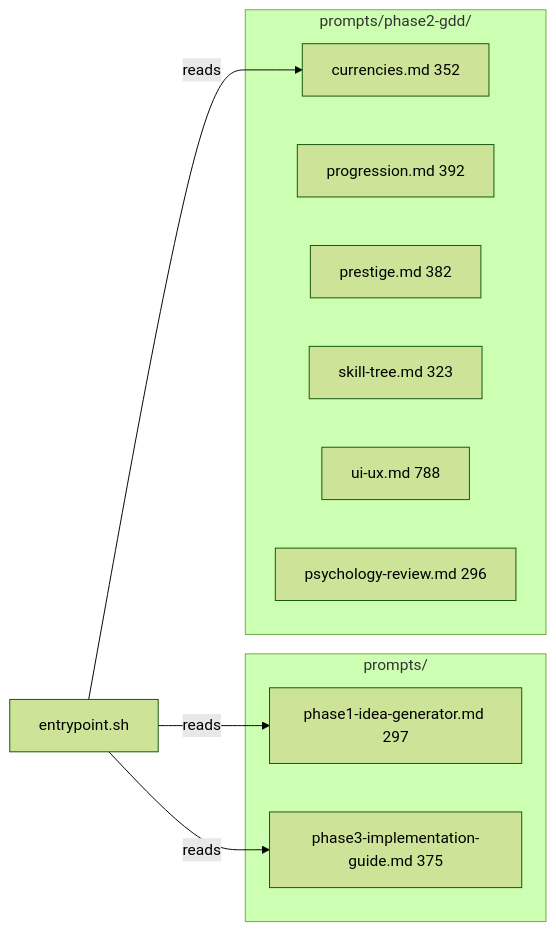
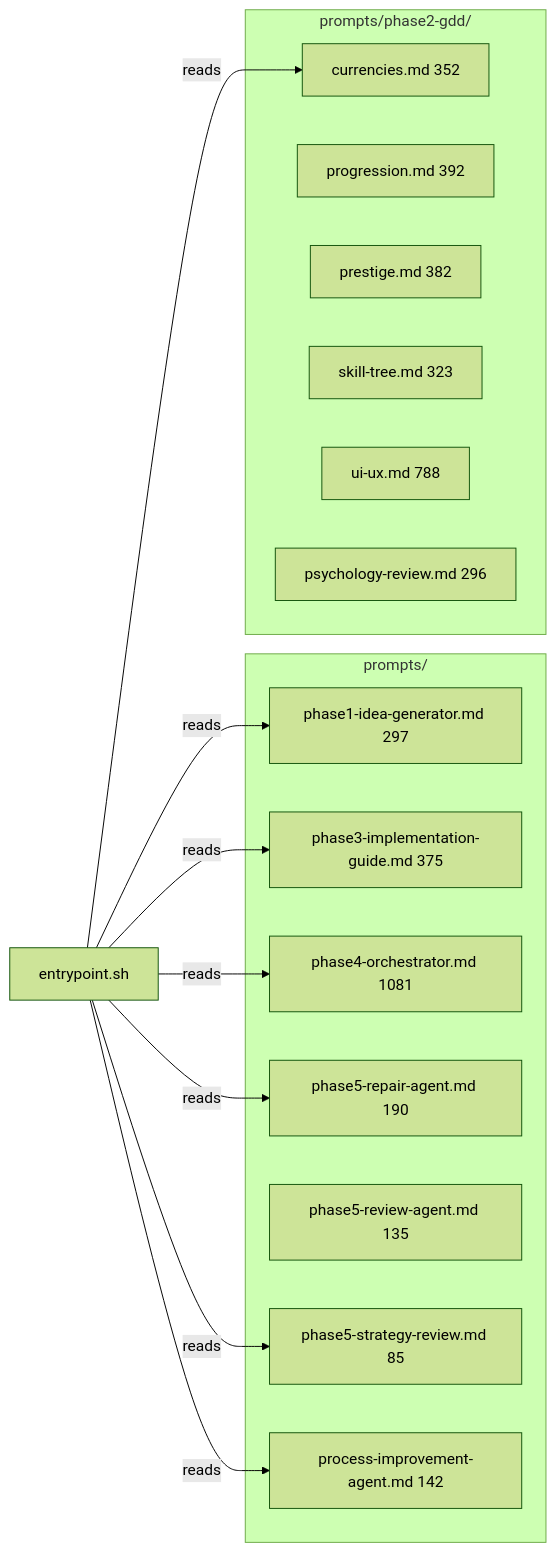
The ninth of 10 diagrams in AI/document/01-file-map.md (J-Gierend/gamePocGen), drawn with Mermaid (forest theme) before and after one commit. The commit also changed other lines of this file and 5 other files, not shown here.

````diff
--- a/AI/document/01-file-map.md
+++ b/AI/document/01-file-map.md
@@ -164,20 +192,29 @@
 ```mermaid
 graph LR
     subgraph "prompts/"
         P1["phase1-idea-generator.md 297"]
         P3["phase3-implementation-guide.md 375"]
+        P4["phase4-orchestrator.md 1081"]
+        P5R["phase5-repair-agent.md 190"]
+        P5V["phase5-review-agent.md 135"]
+        P5S["phase5-strategy-review.md 85"]
+        PI["process-improvement-agent.md 142"]
     end
 
     subgraph "prompts/phase2-gdd/"
         P2C["currencies.md 352"]
         P2P["progression.md 392"]
         P2PR["prestige.md 382"]
         P2S["skill-tree.md 323"]
         P2U["ui-ux.md 788"]
         P2PS["psychology-review.md 296"]
     end
 
     ENT["entrypoint.sh"] -->|"reads"| P1
     ENT -->|"reads"| P2C
     ENT -->|"reads"| P3
+    ENT -->|"reads"| P4
+    ENT -->|"reads"| P5R
+    ENT -->|"reads"| P5S
+    ENT -->|"reads"| PI
 ```
````
